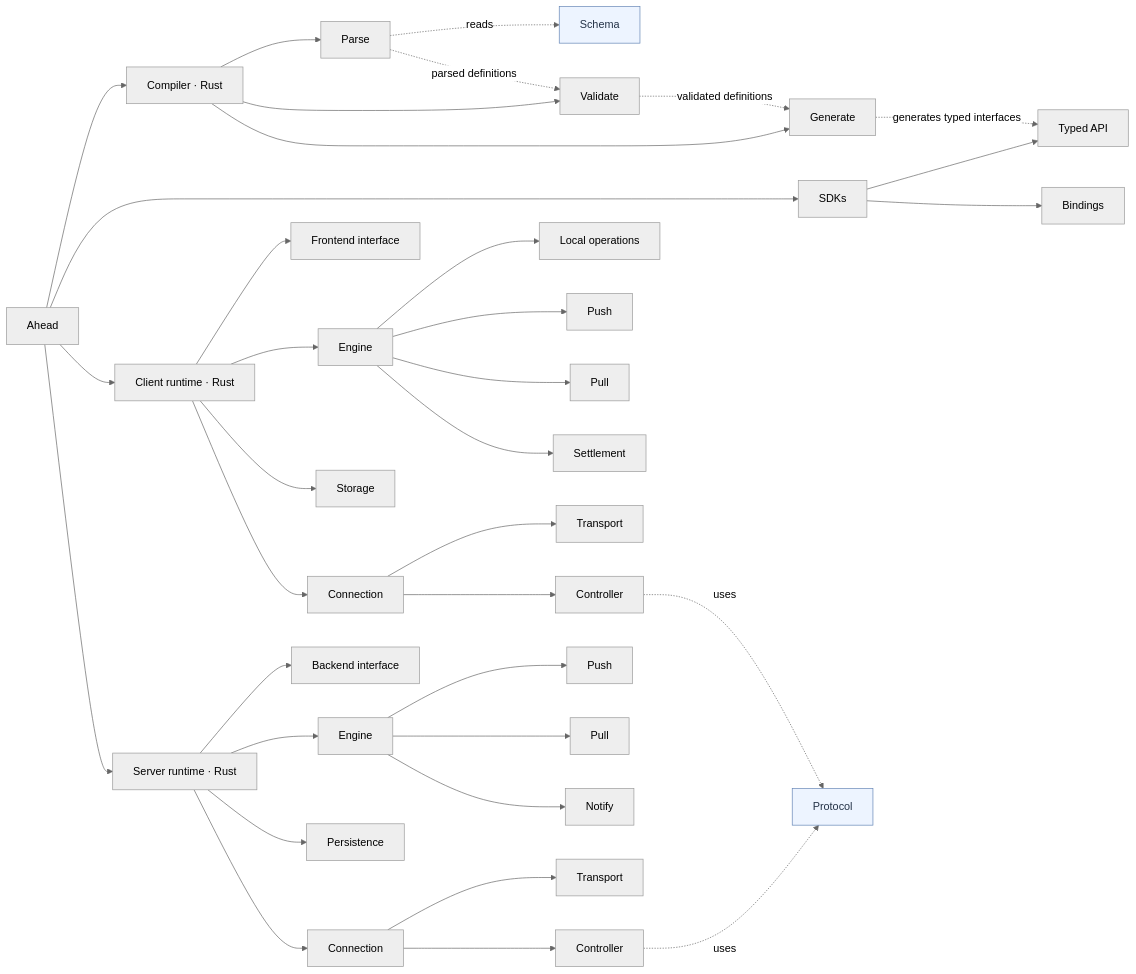
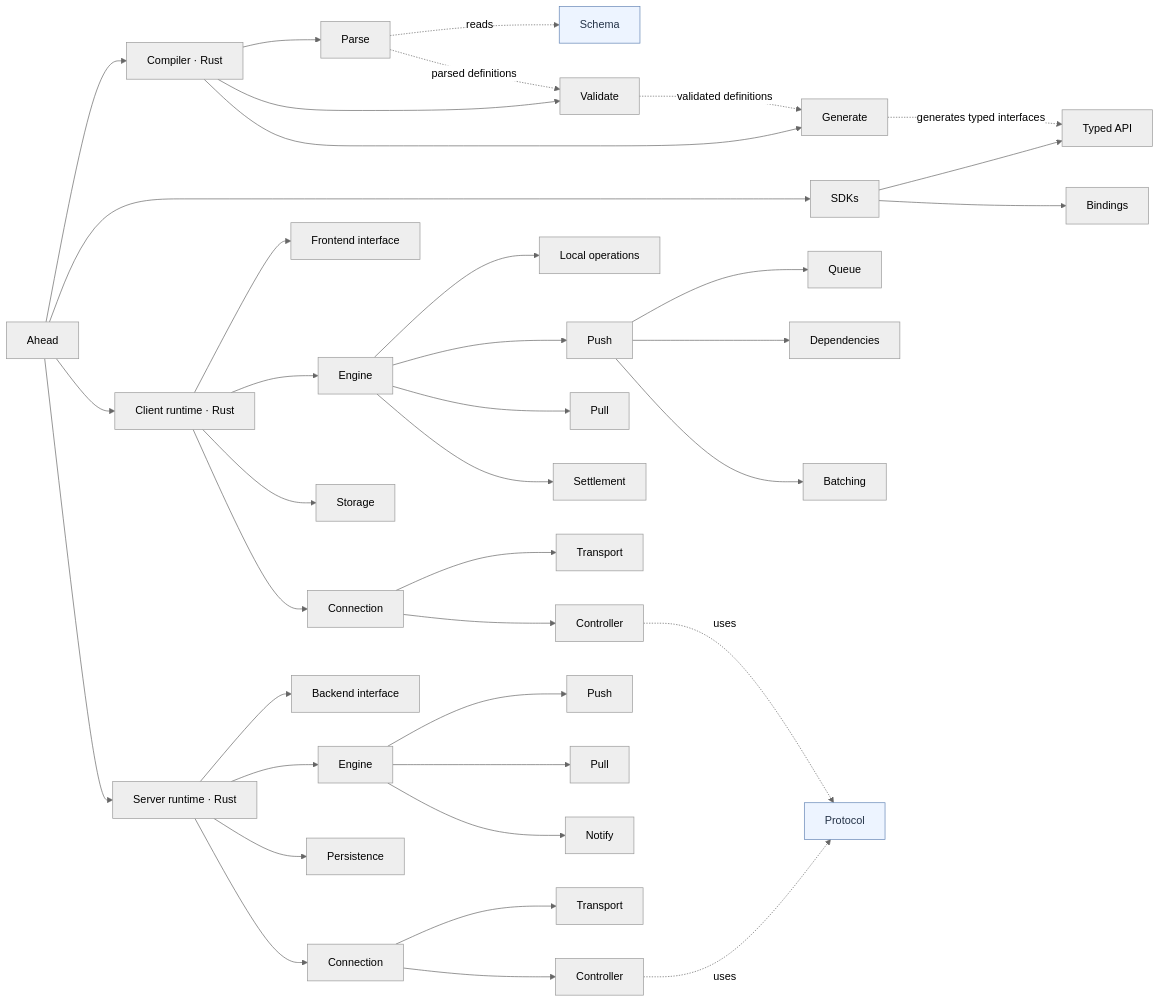
One commit to steve-z-wang/ahead changed the diagram in docs/engineering/architecture.md. Above: the diagram before and after it, drawn with Mermaid (neutral theme). The commit also changed other lines of this file and 13 other files, not shown here.

Commit message:
docs: split client push architecture by responsibility

````diff
--- a/docs/engineering/architecture.md
+++ b/docs/engineering/architecture.md
@@ -53,50 +56,53 @@
 ```mermaid
 flowchart LR
     A["Ahead"]
 
     A --> C["Compiler · Rust"]
     C --> CP["Parse"]
     C --> CV["Validate"]
     C --> CG["Generate"]
 
     A --> SDK["SDKs"]
     SDK --> API["Typed API"]
     SDK --> B["Bindings"]
 
     A --> CL["Client runtime · Rust"]
     CL --> CF["Frontend interface"]
     CL --> CE["Engine"]
     CE --> CEL["Local operations"]
     CE --> CEP["Push"]
+    CEP --> CEPQ["Queue"]
+    CEP --> CEPD["Dependencies"]
+    CEP --> CEPB["Batching"]
     CE --> CER["Pull"]
     CE --> CES["Settlement"]
     CL --> CS["Storage"]
     CL --> CC["Connection"]
     CC --> CCT["Transport"]
     CC --> CCC["Controller"]
 
     A --> SR["Server runtime · Rust"]
     SR --> SB["Backend interface"]
     SR --> SE["Engine"]
     SE --> SEP["Push"]
     SE --> SER["Pull"]
     SE --> SEN["Notify"]
     SR --> SP["Persistence"]
     SR --> SC["Connection"]
     SC --> SCT["Transport"]
     SC --> SCC["Controller"]
 
     SCH["Schema"]
     PRO["Protocol"]
 
     CP -. reads .-> SCH
     CP -. parsed definitions .-> CV
     CV -. validated definitions .-> CG
     CG -. generates typed interfaces .-> API
 
     CCC -. uses .-> PRO
     SCC -. uses .-> PRO
 
     classDef contract fill:#edf4ff,stroke:#6485b5,color:#243247;
     class SCH,PRO contract;
 ```
````
